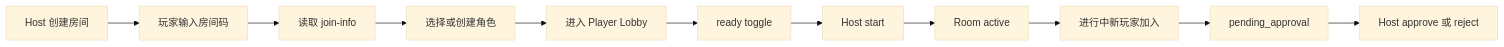
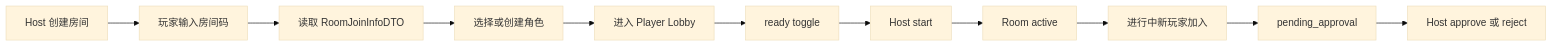
Before and after one commit to tzq12138/Trpg-AIkeeper: the diagram in docs/50-AI-Keeper-Platform/22-Schedule日程与招募系统/PRD.md, drawn with Mermaid (base theme). The commit also changed other lines of this file and 172 other files, not shown here.

````diff
--- a/docs/50-AI-Keeper-Platform/22-Schedule日程与招募系统/PRD.md
+++ b/docs/50-AI-Keeper-Platform/22-Schedule日程与招募系统/PRD.md
@@ -60,13 +70,13 @@
 ```mermaid
 flowchart LR
   H["Host 创建房间"] --> J["玩家输入房间码"]
-  J --> I["读取 join-info"]
+  J --> I["读取 RoomJoinInfoDTO"]
   I --> C["选择或创建角色"]
   C --> L["进入 Player Lobby"]
   L --> R["ready toggle"]
   R --> S["Host start"]
   S --> A["Room active"]
   A --> P["进行中新玩家加入"]
   P --> Q["pending_approval"]
   Q --> D["Host approve 或 reject"]
 ```
````
